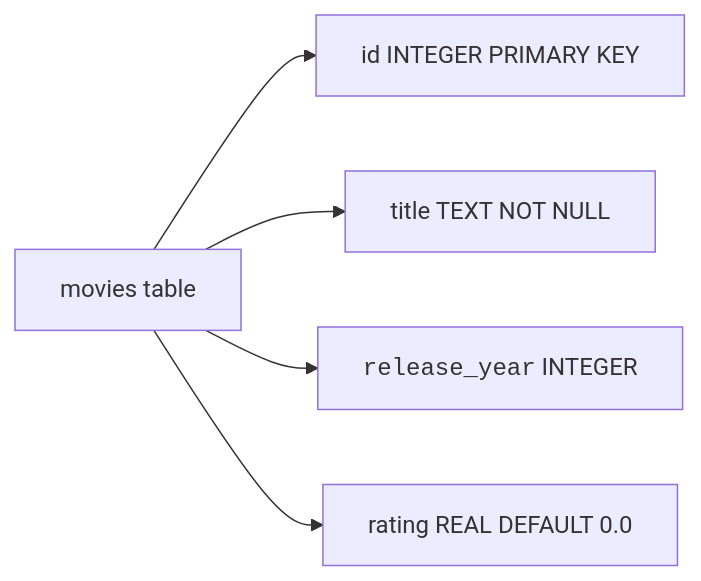
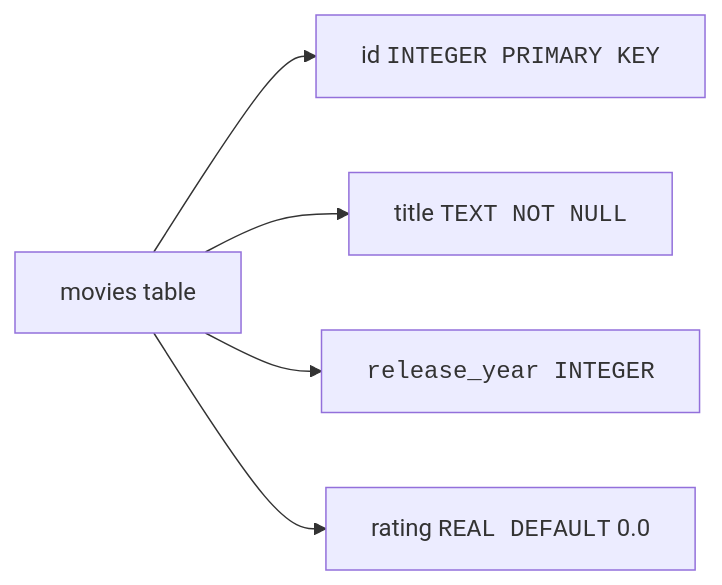
One commit to dataslope/dataslope changed the third of 3 diagrams in content/courses/sqlite-for-beginners/creating-tables.mdx. Above: the diagram before and after it, drawn with Mermaid. The commit also changed other lines of this file and 283 other files, not shown here.

First line of the commit message:
Diagrams as elements, not characters: fix the box model, sweep the corpus, and make syntax breakdowns a convention (#652)

````diff
--- a/content/courses/sqlite-for-beginners/creating-tables.mdx
+++ b/content/courses/sqlite-for-beginners/creating-tables.mdx
@@ -221,7 +220,7 @@
 ```mermaid
 flowchart LR
-    T["movies table"] --> I["id INTEGER PRIMARY KEY"]
-    T --> N["title TEXT NOT NULL"]
-    T --> Y["<code>release_year</code> INTEGER"]
-    T --> D["rating REAL DEFAULT 0.0"]
+    T["movies table"] --> I["id <code>INTEGER PRIMARY KEY</code>"]
+    T --> N["title <code>TEXT NOT NULL</code>"]
+    T --> Y["<code>release_year INTEGER</code>"]
+    T --> D["rating <code>REAL DEFAULT</code> 0.0"]
 ```
````
